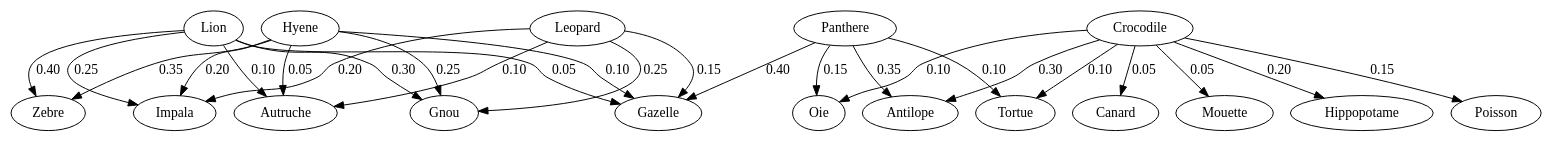
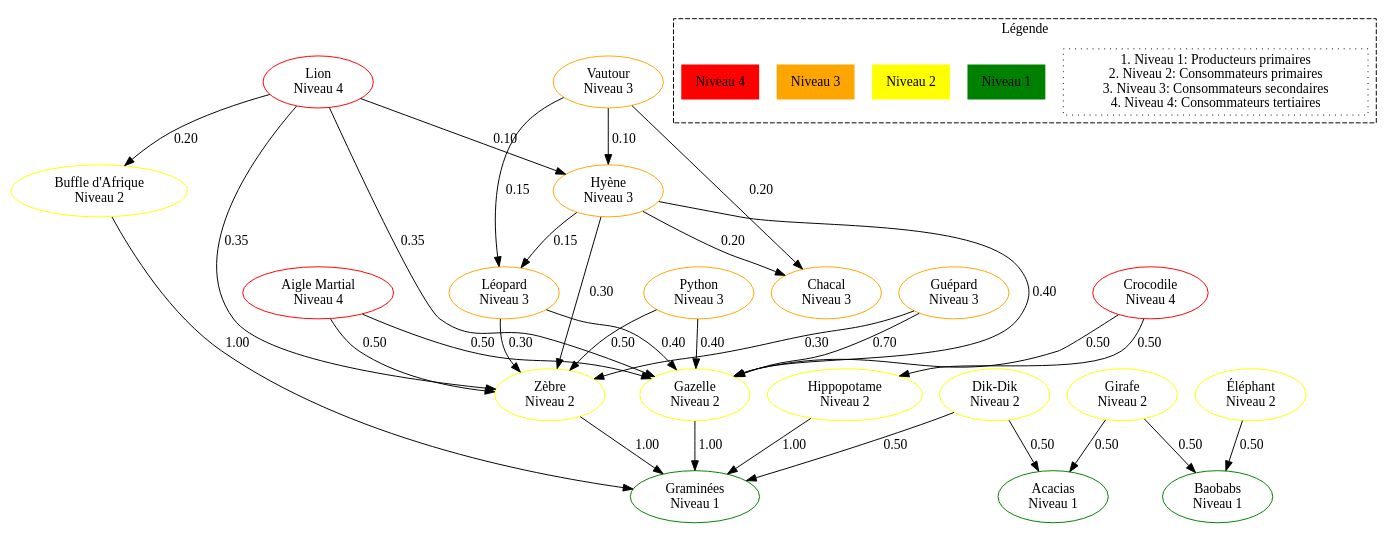
Before and after one commit to AzogSmash/Trophic-Networks: the diagram in savane.dot, drawn with Graphviz. The commit also changed 1 other file, not shown here.

Commit message:
savane a jour .txt et .dot

```diff
--- a/savane.dot
+++ b/savane.dot
@@ -1,27 +1,77 @@
-digraph Savane {
-Lion -> Zebre [label="0.40"];
-Lion -> Gnou [label="0.30"];
-Lion -> Impala [label="0.25"];
-Lion -> Gazelle [label="0.05"];
-Lion -> Autruche [label="0.10"];
-Hyene -> Zebre [label="0.35"];
-Hyene -> Gnou [label="0.25"];
-Hyene -> Impala [label="0.20"];
-Hyene -> Gazelle [label="0.10"];
-Hyene -> Autruche [label="0.05"];
-Leopard -> Gnou [label="0.25"];
-Leopard -> Impala [label="0.20"];
-Leopard -> Gazelle [label="0.15"];
-Leopard -> Autruche [label="0.10"];
-Crocodile -> Antilope [label="0.30"];
-Crocodile -> Hippopotame [label="0.20"];
-Crocodile -> Poisson [label="0.15"];
-Crocodile -> Tortue [label="0.10"];
-Crocodile -> Oie [label="0.10"];
-Crocodile -> Canard [label="0.05"];
-Crocodile -> Mouette [label="0.05"];
-Panthere -> Gazelle [label="0.40"];
-Panthere -> Antilope [label="0.35"];
-Panthere -> Oie [label="0.15"];
-Panthere -> Tortue [label="0.10"];
+digraph Terrestre {
+    // Définir les couleurs des sommets (niveaux trophiques)
+    // Niveau 1 (Producteurs primaires) - Vert
+    Graminees [color=green, label="Graminées\nNiveau 1"];
+Acacias [color=green, label="Acacias\nNiveau 1"];
+Baobabs [color=green, label="Baobabs\nNiveau 1"];
+
+// Niveau 2 (Consommateurs primaires) - Jaune
+    Buffle [color=yellow, label="Buffle d'Afrique\nNiveau 2"];
+Zebre [color=yellow, label="Zèbre\nNiveau 2"];
+Gazelle [color=yellow, label="Gazelle\nNiveau 2"];
+DikDik [color=yellow, label="Dik-Dik\nNiveau 2"];
+Girafe [color=yellow, label="Girafe\nNiveau 2"];
+Hippopotame [color=yellow, label="Hippopotame\nNiveau 2"];
+Elephant [color=yellow, label="Éléphant\nNiveau 2"];
+
+// Niveau 3 (Consommateurs secondaires) - Orange
+    Hyene [color=orange, label="Hyène\nNiveau 3"];
+Chacal [color=orange, label="Chacal\nNiveau 3"];
+Guepard [color=orange, label="Guépard\nNiveau 3"];
+Leopard [color=orange, label="Léopard\nNiveau 3"];
+Python [color=orange, label="Python\nNiveau 3"];
+Vautour [color=orange, label="Vautour\nNiveau 3"];
+
+// Niveau 4 (Consommateurs tertiaires) - Rouge
+    Lion [color=red, label="Lion\nNiveau 4"];
+Crocodile [color=red, label="Crocodile\nNiveau 4"];
+Aigle [color=red, label="Aigle Martial\nNiveau 4"];
+
+// Relations trophiques (arcs)
+    Lion -> Buffle [label="0.20"];
+Lion -> Zebre [label="0.35"];
+Lion -> Gazelle [label="0.35"];
+Lion -> Hyene [label="0.10"];
+Hyene -> Zebre [label="0.30"];
+Hyene -> Gazelle [label="0.40"];
+Hyene -> Chacal [label="0.20"];
+Hyene -> Leopard [label="0.15"];
+Vautour -> Hyene [label="0.10"];
+Vautour -> Chacal [label="0.20"];
+Vautour -> Leopard [label="0.15"];
+Leopard -> Gazelle [label="0.40"];
+Leopard -> Zebre [label="0.30"];
+Guepard -> Gazelle [label="0.70"];
+Guepard -> Zebre [label="0.30"];
+Python -> Zebre [label="0.50"];
+Python -> Gazelle [label="0.40"];
+Crocodile -> Hippopotame [label="0.50"];
+Crocodile -> Gazelle [label="0.50"];
+Aigle -> Gazelle [label="0.50"];
+Aigle -> Zebre [label="0.50"];
+Zebre -> Graminees [label="1.00"];
+Gazelle -> Graminees [label="1.00"];
+DikDik -> Acacias [label="0.50"];
+DikDik -> Graminees [label="0.50"];
+Girafe -> Acacias [label="0.50"];
+Girafe -> Baobabs [label="0.50"];
+Elephant -> Baobabs [label="0.50"];
+Buffle -> Graminees [label="1.00"];
+Hippopotame -> Graminees [label="1.00"];
+
+// Création d'une légende
+    subgraph cluster_legend {
+label="Légende";
+style=dashed;
+node [shape=plaintext];
+
+// Description textuelle des niveaux
+        legend_text [label="1. Niveau 1: Producteurs primaires\n2. Niveau 2: Consommateurs primaires\n3. Niveau 3: Consommateurs secondaires\n4. Niveau 4: Consommateurs tertiaires", shape=rect, style=dotted];
+
+// Niveaux trophiques avec couleurs
+        level1 [label="Niveau 1", style=filled, fillcolor=green, width=0.2];
+level2 [label="Niveau 2", style=filled, fillcolor=yellow, width=0.2];
+level3 [label="Niveau 3", style=filled, fillcolor=orange, width=0.2];
+level4 [label="Niveau 4", style=filled, fillcolor=red, width=0.2];
 }
+}
```
